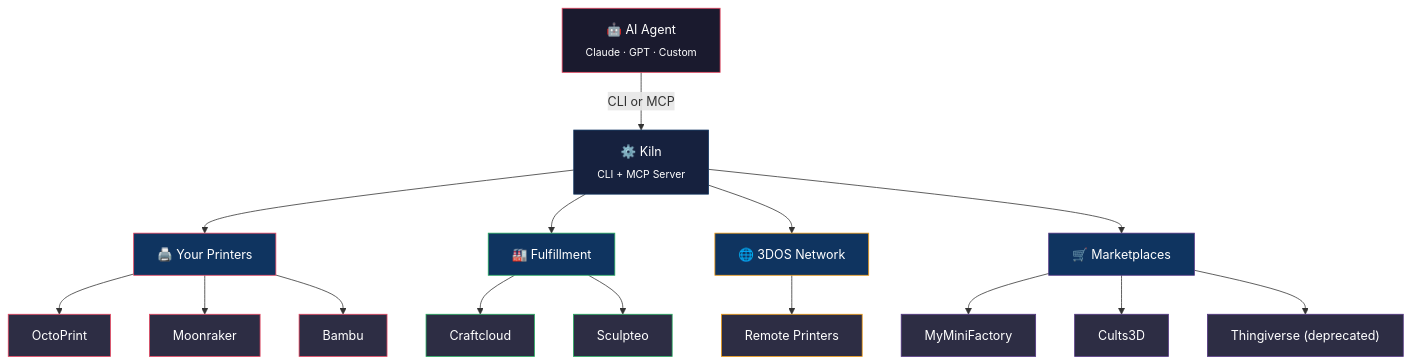
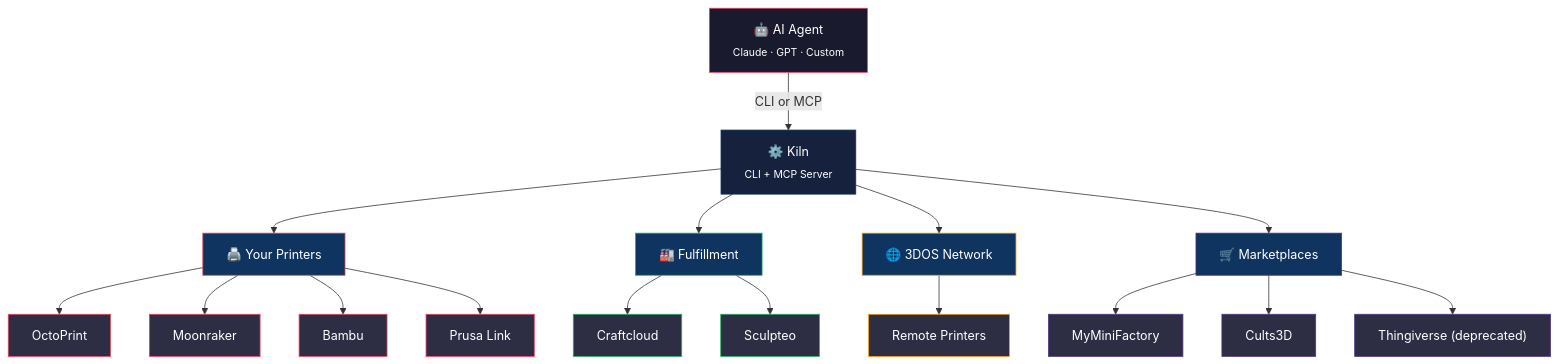
Before and after one commit to codeofaxel/Kiln: the diagram in README.md, drawn with Mermaid. The commit also changed other lines of this file and 20 other files, not shown here.

First line of the commit message:
Docs: multi-brand Quick Start + Prusa Connect → Prusa Link everywhere

````diff
--- a/README.md
+++ b/README.md
@@ -44,39 +44,41 @@
 ```mermaid
 graph TD
     A["🤖 AI Agent<br/><sub>Claude · GPT · Custom</sub>"]
     A -->|"CLI or MCP"| B["⚙️ Kiln<br/><sub>CLI + MCP Server</sub>"]
 
     B --> C["🖨️ Your Printers"]
     B --> F["🏭 Fulfillment"]
     B --> N["🌐 3DOS Network"]
     B --> D["🛒 Marketplaces"]
 
     C --> E1["OctoPrint"]
     C --> E2["Moonraker"]
     C --> E3["Bambu"]
+    C --> E4["Prusa Link"]
 
     F --> F1["Craftcloud"]
     F --> F2["Sculpteo"]
 
     N --> N1["Remote Printers"]
 
     D --> I["MyMiniFactory"]
     D --> J["Cults3D"]
     D --> H["Thingiverse (deprecated)"]
 
     style A fill:#1a1a2e,stroke:#e94560,color:#fff
     style B fill:#16213e,stroke:#0f3460,color:#fff
     style C fill:#0f3460,stroke:#e94560,color:#fff
     style F fill:#0f3460,stroke:#27ae60,color:#fff
     style N fill:#0f3460,stroke:#f39c12,color:#fff
     style D fill:#0f3460,stroke:#533483,color:#fff
     style E1 fill:#2d2d44,stroke:#e94560,color:#fff
     style E2 fill:#2d2d44,stroke:#e94560,color:#fff
     style E3 fill:#2d2d44,stroke:#e94560,color:#fff
+    style E4 fill:#2d2d44,stroke:#e94560,color:#fff
     style F1 fill:#2d2d44,stroke:#27ae60,color:#fff
     style F2 fill:#2d2d44,stroke:#27ae60,color:#fff
     style N1 fill:#2d2d44,stroke:#f39c12,color:#fff
     style H fill:#2d2d44,stroke:#533483,color:#fff
     style I fill:#2d2d44,stroke:#533483,color:#fff
     style J fill:#2d2d44,stroke:#533483,color:#fff
 ```
````
